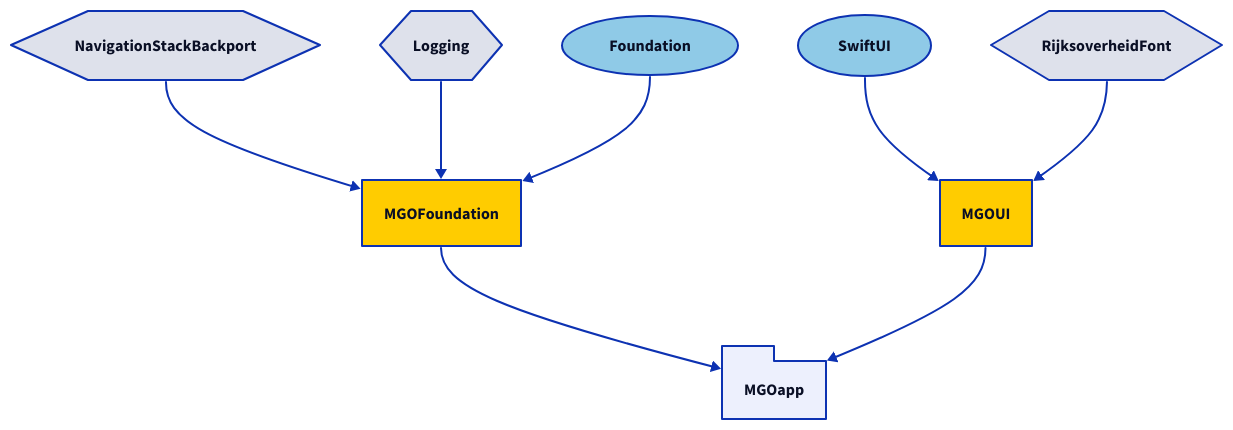
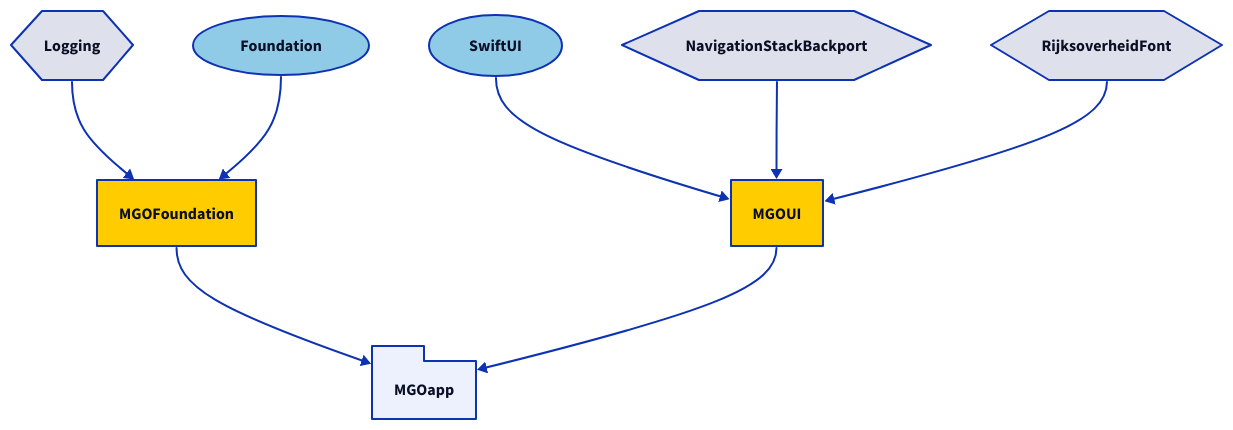
Before and after one commit to minvws/nl-mgo-app-ios: the diagram in Diagrams/packages-withouttests.d2, drawn with D2. The commit also changed 22 other files, not shown here.

```diff
--- a/Diagrams/packages-withouttests.d2
+++ b/Diagrams/packages-withouttests.d2
@@ -1,42 +1,42 @@
 direction: down
 
 # Apple
 SwiftUI: {
   shape: oval
   style.fill: "#8FCAE7"
 }
 Foundation: {
   shape: oval
   style.fill: "#8FCAE7"
 }
 
 # Third-Party
 NavigationStackBackport: {
   shape: hexagon
 }
 Logging: {
   shape: hexagon
 }
 RijksoverheidFont: {
   shape: hexagon
 }
 
 # The application
 
 MGOapp: {
   shape: package
 }
 
 MGOapp <- MGOFoundation
 MGOapp <- MGOUI
 
 # - Packages - 
 
 MGOFoundation { style.fill: "#ffcc00" }
-MGOFoundation <- NavigationStackBackport
 MGOFoundation <- Logging
 MGOFoundation <- Foundation
 
 MGOUI { style.fill: "#ffcc00" }
 MGOUI <- SwiftUI
+MGOUI <- NavigationStackBackport
 MGOUI <- RijksoverheidFont
```
